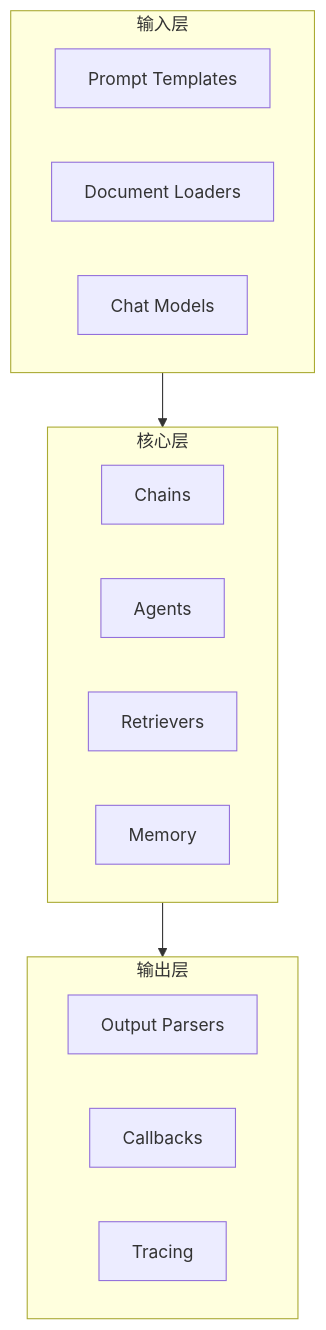
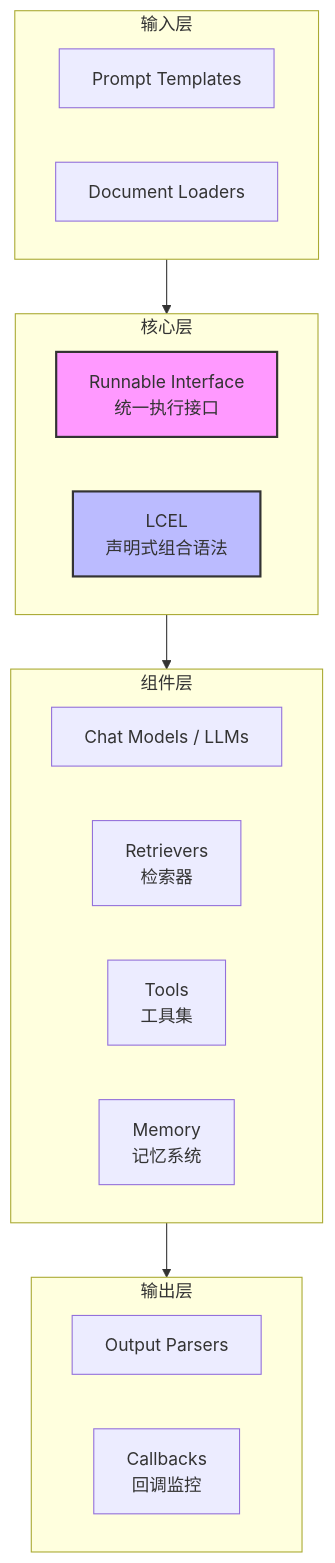
The first of 2 diagrams in frameworks/langchain-deep-dive.md (KasonLee-marker/ai-agent-interview-questions), drawn with Mermaid before and after one commit. The commit also changed other lines of this file, not shown here.

````diff
--- a/frameworks/langchain-deep-dive.md
+++ b/frameworks/langchain-deep-dive.md
@@ -20,24 +15,31 @@
 ```mermaid
 flowchart TB
     subgraph Input["输入层"]
-        I1[Prompt Templates]
-        I2[Document Loaders]
-        I3[Chat Models]
+        Prompt["Prompt Templates"]
+        Document["Document Loaders"]
     end
     
     subgraph Core["核心层"]
-        C1[Chains]
-        C2[Agents]
-        C3[Retrievers]
-        C4[Memory]
+        Runnable["Runnable Interface<br/>统一执行接口"]
+        LCEL["LCEL<br/>声明式组合语法"]
+    end
+    
+    subgraph Components["组件层"]
+        Models["Chat Models / LLMs"]
+        Retrievers["Retrievers<br/>检索器"]
+        Tools["Tools<br/>工具集"]
+        Memory["Memory<br/>记忆系统"]
     end
     
     subgraph Output["输出层"]
-        O1[Output Parsers]
-        O2[Callbacks]
-        O3[Tracing]
+        Parser["Output Parsers"]
+        Callback["Callbacks<br/>回调监控"]
     end
     
     Input --> Core
-    Core --> Output
+    Core --> Components
+    Components --> Output
+    
+    style Runnable fill:#f9f,stroke:#333,stroke-width:2px
+    style LCEL fill:#bbf,stroke:#333,stroke-width:2px
 ```
````
